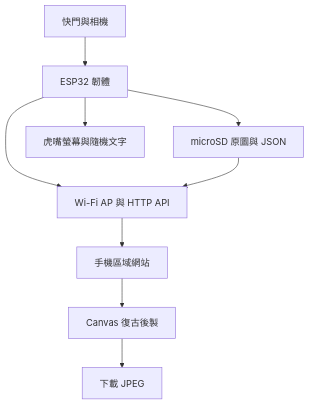
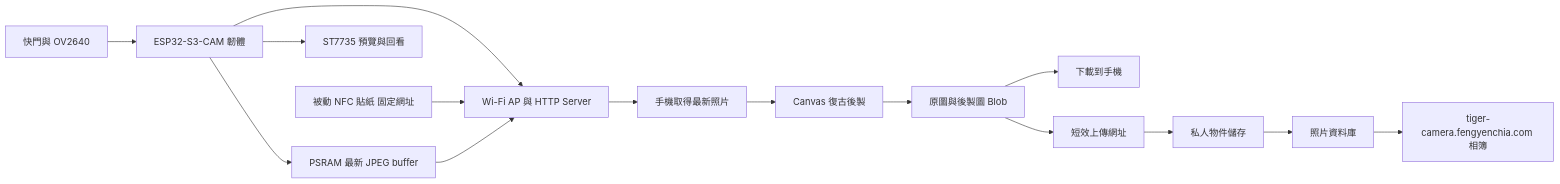
Before and after one commit to fengyenchia/tiger-camera: the diagram in docs/software.md, drawn with Mermaid. The commit also changed other lines of this file and 55 other files, not shown here.

````diff
--- a/docs/software.md
+++ b/docs/software.md
@@ -5,11 +5,17 @@
 ```mermaid
-flowchart TD
-    A[快門與相機] --> B[ESP32 韌體]
-    B --> C[microSD 原圖與 JSON]
-    B --> D[虎嘴螢幕與隨機文字]
-    B --> E[Wi-Fi AP 與 HTTP API]
-    E --> F[手機區域網站]
+flowchart LR
+    A[快門與 OV2640] --> B[ESP32-S3-CAM 韌體]
+    B --> C[PSRAM 最新 JPEG buffer]
+    B --> D[ST7735 預覽與回看]
+    B --> E[Wi-Fi AP 與 HTTP Server]
+    N[被動 NFC 貼紙 固定網址] --> E
     C --> E
+    E --> F[手機取得最新照片]
     F --> G[Canvas 復古後製]
-    G --> H[下載 JPEG]
+    G --> H[原圖與後製圖 Blob]
+    H --> I[下載到手機]
+    H --> J[短效上傳網址]
+    J --> K[私人物件儲存]
+    K --> L[照片資料庫]
+    L --> M[tiger-camera.fengyenchia.com 相簿]
 ```
````
